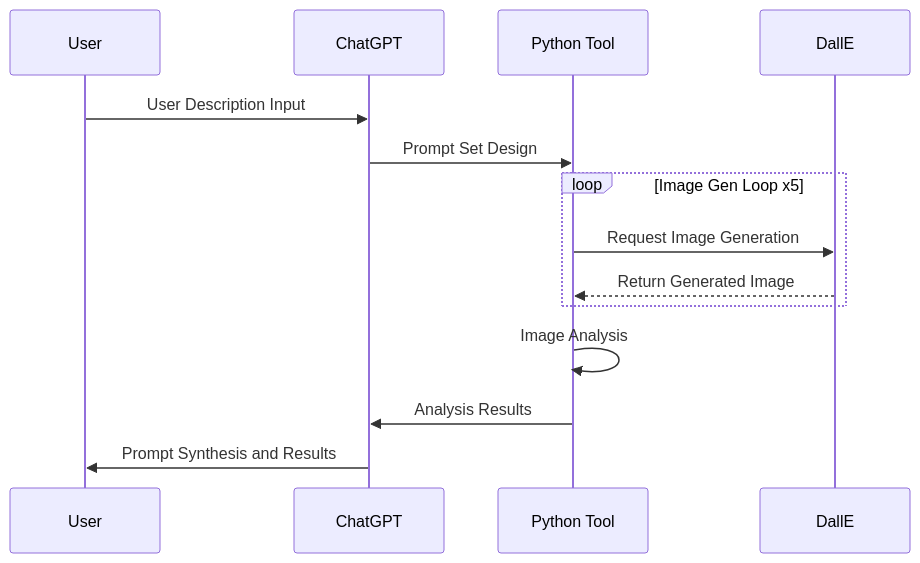
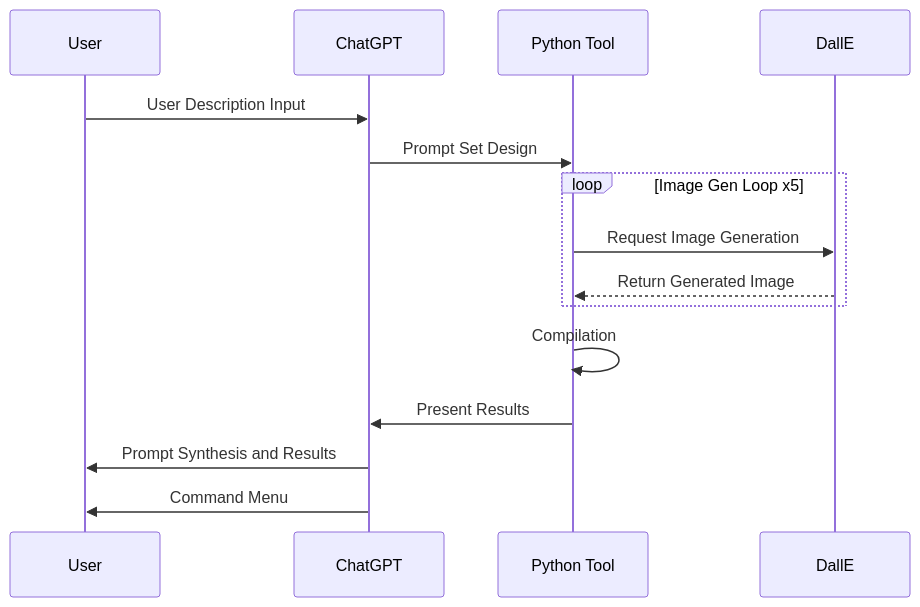
The second of 6 diagrams in README.md (nerority/Advanced-GPTs), drawn with Mermaid before and after one commit. The commit also changed other lines of this file, not shown here.

````diff
--- a/README.md
+++ b/README.md
@@ -82,17 +82,18 @@
 ```mermaid
 sequenceDiagram
     participant User
     participant ChatGPT
     participant PythonTool as Python Tool
     participant DallE
 
     User->>ChatGPT: User Description Input
     ChatGPT->>PythonTool: Prompt Set Design
     loop Image Gen Loop x5
         PythonTool->>DallE: Request Image Generation
         DallE-->>PythonTool: Return Generated Image
     end
-    PythonTool->>PythonTool: Image Analysis
-    PythonTool->>ChatGPT: Analysis Results
+    PythonTool->>PythonTool: Compilation
+    PythonTool->>ChatGPT: Present Results
     ChatGPT->>User: Prompt Synthesis and Results
+    ChatGPT->>User: Command Menu
 ```
````
